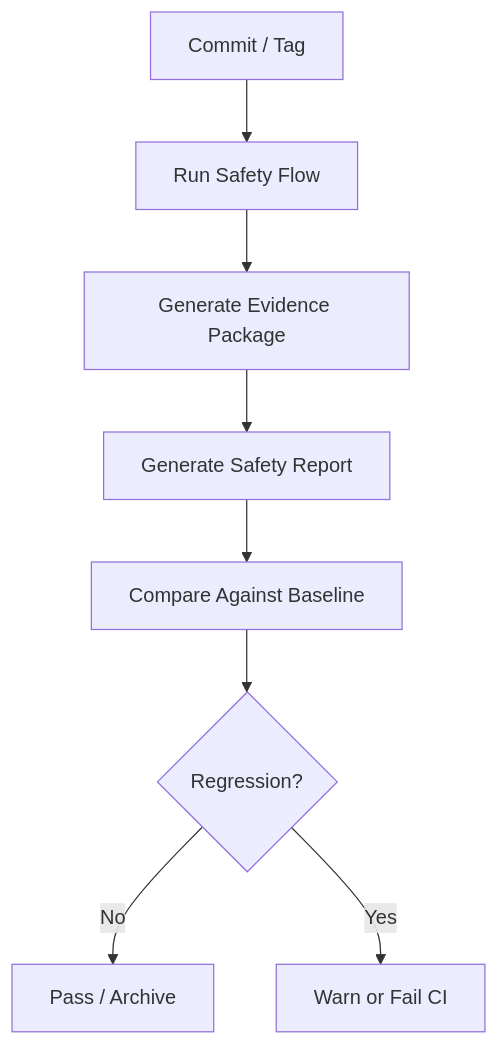
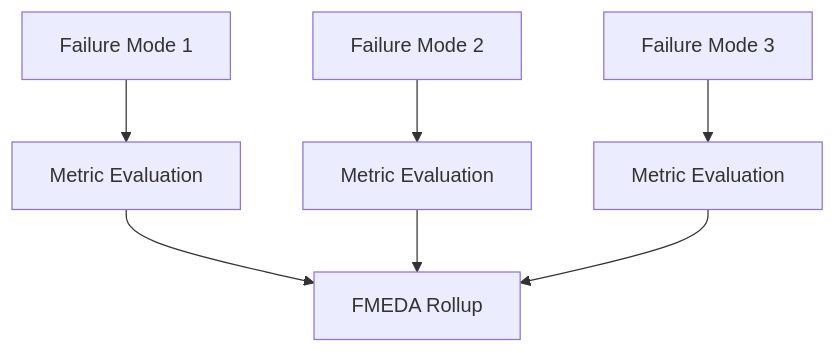
One commit to qiqixixi1001/automotive-safeic-practice changed the fifth of 7 diagrams in articles/16_automotive_safeic_practice_d16_github_en_regression_and_trend_tracking.md. Above: the diagram before and after it, drawn with Mermaid. The commit also changed other lines of this file, not shown here.

````diff
--- a/articles/16_automotive_safeic_practice_d16_github_en_regression_and_trend_tracking.md
+++ b/articles/16_automotive_safeic_practice_d16_github_en_regression_and_trend_tracking.md
@@ -813,10 +416,9 @@
 ```mermaid
 flowchart TD
-    A[Commit / Tag] --> B[Run Safety Flow]
-    B --> C[Generate Evidence Package]
-    C --> D[Generate Safety Report]
-    D --> E[Compare Against Baseline]
-    E --> F{Regression?}
-    F -- No --> G[Pass / Archive]
-    F -- Yes --> H[Warn or Fail CI]
+    FM1[Failure Mode 1] --> RUN1[Metric Evaluation]
+    FM2[Failure Mode 2] --> RUN2[Metric Evaluation]
+    FM3[Failure Mode 3] --> RUN3[Metric Evaluation]
+    RUN1 --> ROLL[FMEDA Rollup]
+    RUN2 --> ROLL
+    RUN3 --> ROLL
 ```
````
